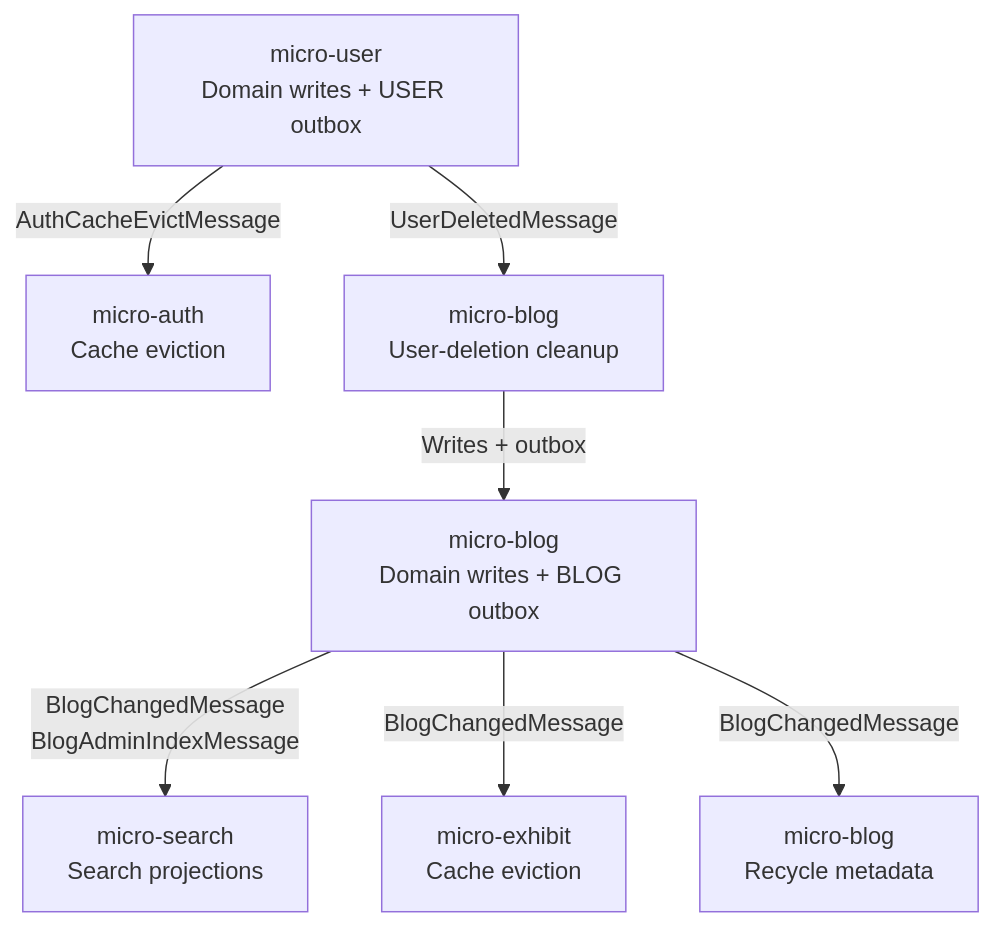
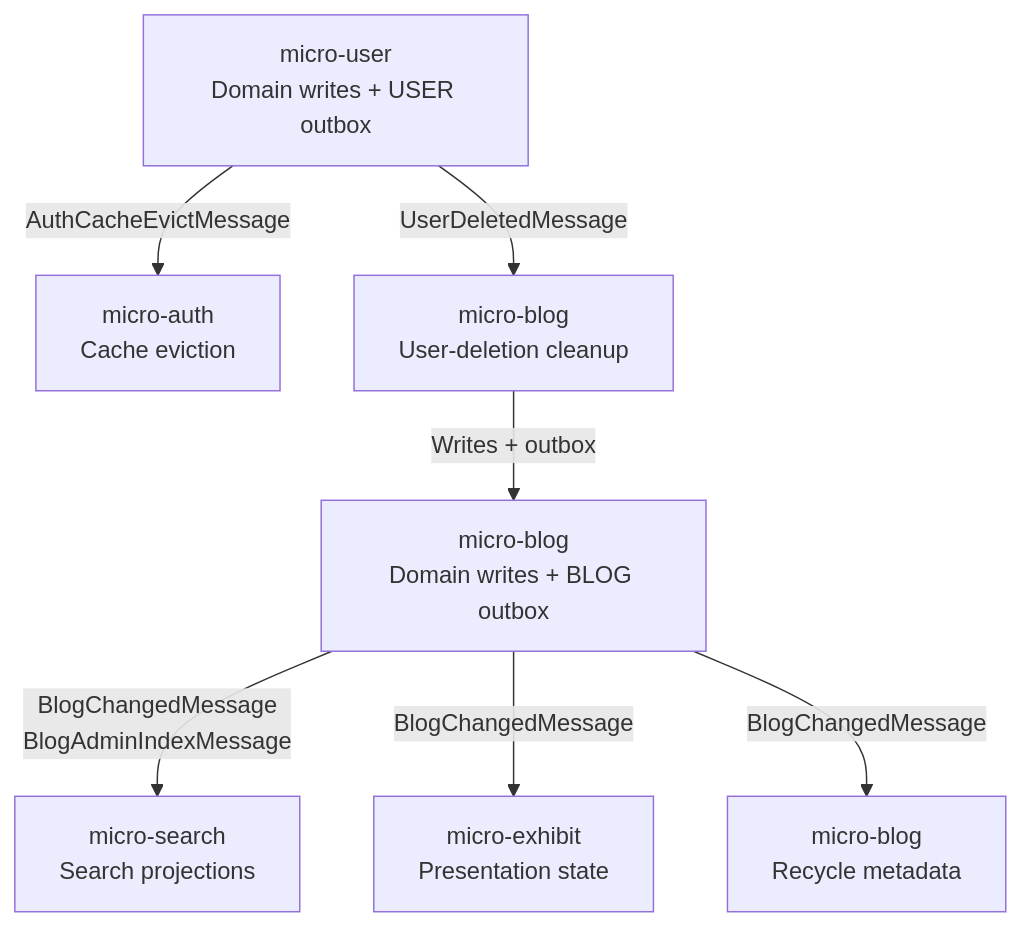
The third of 3 diagrams in README.md (mingchiuli/megalith-micro), drawn with Mermaid before and after one commit. The commit also changed other lines of this file and 111 other files, not shown here.

First line of the commit message:
fix: harden recovery and verification flows

````diff
--- a/README.md
+++ b/README.md
@@ -113,17 +113,17 @@
 ```mermaid
 flowchart TB
     UserOutbox["micro-user<br/>Domain writes + USER outbox"]
     Auth["micro-auth<br/>Cache eviction"]
     Delete["micro-blog<br/>User-deletion cleanup"]
     BlogOutbox["micro-blog<br/>Domain writes + BLOG outbox"]
     Search["micro-search<br/>Search projections"]
-    Exhibit["micro-exhibit<br/>Cache eviction"]
+    Exhibit["micro-exhibit<br/>Presentation state"]
     Recycle["micro-blog<br/>Recycle metadata"]
 
     UserOutbox -->|AuthCacheEvictMessage| Auth
     UserOutbox -->|UserDeletedMessage| Delete
     Delete -->|Writes + outbox| BlogOutbox
     BlogOutbox -->|"BlogChangedMessage<br/>BlogAdminIndexMessage"| Search
     BlogOutbox -->|BlogChangedMessage| Exhibit
     BlogOutbox -->|BlogChangedMessage| Recycle
 ```
````
